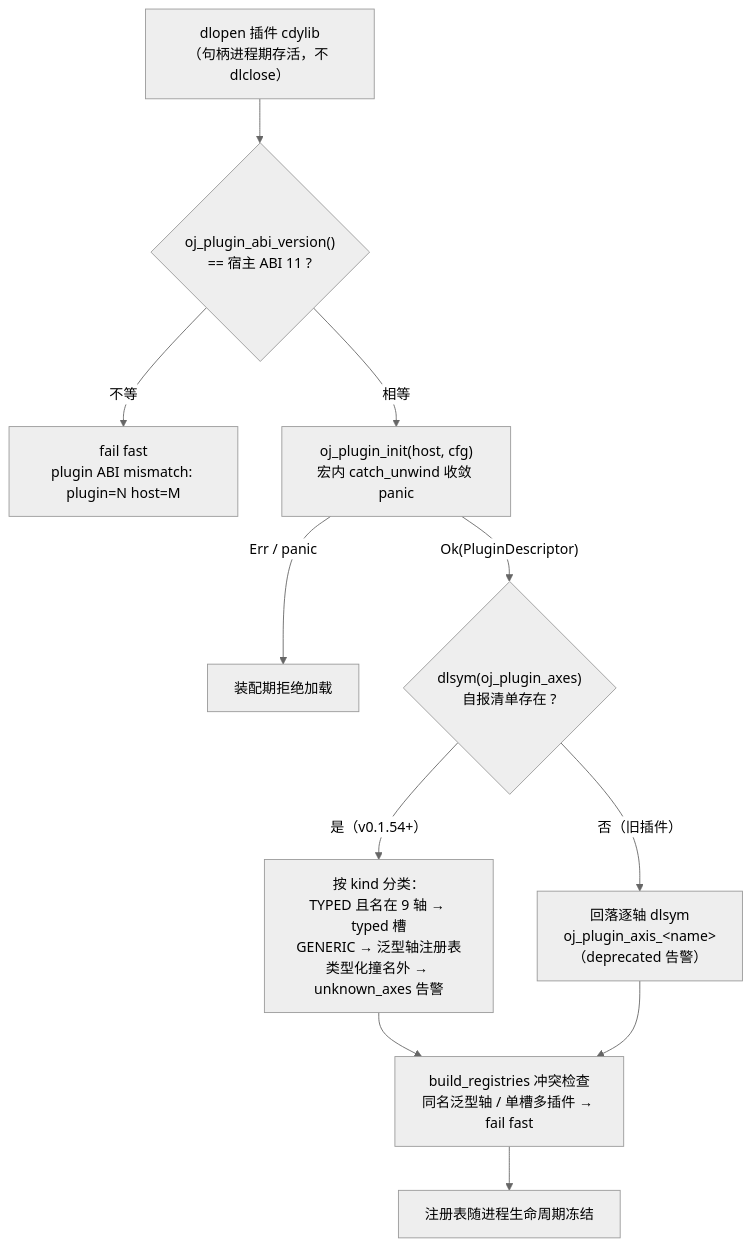
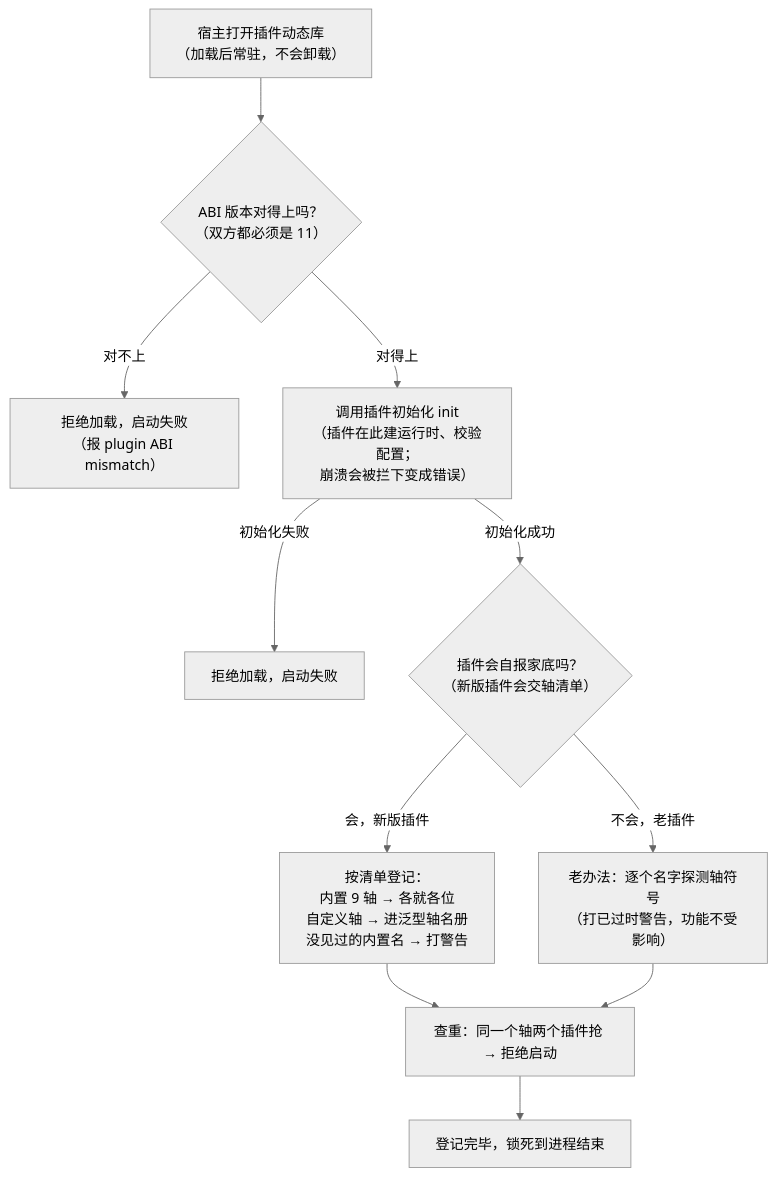
One commit to everpan/oj-bin changed the first of 3 diagrams in docs/plugins/plugin-development.md. Above: the diagram before and after it, drawn with Mermaid (neutral theme). The commit also changed other lines of this file, not shown here.

First line of the commit message:
docs(plugins): 三张 mermaid 图改保守语法 + 人话标签

````diff
--- a/docs/plugins/plugin-development.md
+++ b/docs/plugins/plugin-development.md
@@ -62,13 +62,13 @@
 ```mermaid
 flowchart TD
-    A["dlopen 插件 cdylib<br>（句柄进程期存活，不 dlclose）"] --> B{"oj_plugin_abi_version()<br>== 宿主 ABI 11 ?"}
-    B -- "不等" --> X1["fail fast<br>plugin ABI mismatch: plugin=N host=M"]
-    B -- "相等" --> C["oj_plugin_init(host, cfg)<br>宏内 catch_unwind 收敛 panic"]
-    C -- "Err / panic" --> X2["装配期拒绝加载"]
-    C -- "Ok(PluginDescriptor)" --> D{"dlsym(oj_plugin_axes)<br>自报清单存在 ?"}
-    D -- "是（v0.1.54+）" --> E["按 kind 分类：<br>TYPED 且名在 9 轴 → typed 槽<br>GENERIC → 泛型轴注册表<br>类型化撞名外 → unknown_axes 告警"]
-    D -- "否（旧插件）" --> F["回落逐轴 dlsym<br>oj_plugin_axis_&lt;name&gt;<br>（deprecated 告警）"]
-    E --> G["build_registries 冲突检查<br>同名泛型轴 / 单槽多插件 → fail fast"]
+    A["宿主打开插件动态库<br/>（加载后常驻，不会卸载）"] --> B{"ABI 版本对得上吗？<br/>（双方都必须是 11）"}
+    B -->|对不上| X1["拒绝加载，启动失败<br/>（报 plugin ABI mismatch）"]
+    B -->|对得上| C["调用插件初始化 init<br/>（插件在此建运行时、校验配置；<br/>崩溃会被拦下变成错误）"]
+    C -->|初始化失败| X2["拒绝加载，启动失败"]
+    C -->|初始化成功| D{"插件会自报家底吗？<br/>（新版插件会交轴清单）"}
+    D -->|会，新版插件| E["按清单登记：<br/>内置 9 轴 → 各就各位<br/>自定义轴 → 进泛型轴名册<br/>没见过的内置名 → 打警告"]
+    D -->|不会，老插件| F["老办法：逐个名字探测轴符号<br/>（打已过时警告，功能不受影响）"]
+    E --> G["查重：同一个轴两个插件抢 → 拒绝启动"]
     F --> G
-    G --> H["注册表随进程生命周期冻结"]
+    G --> H["登记完毕，锁死到进程结束"]
 ```
````
